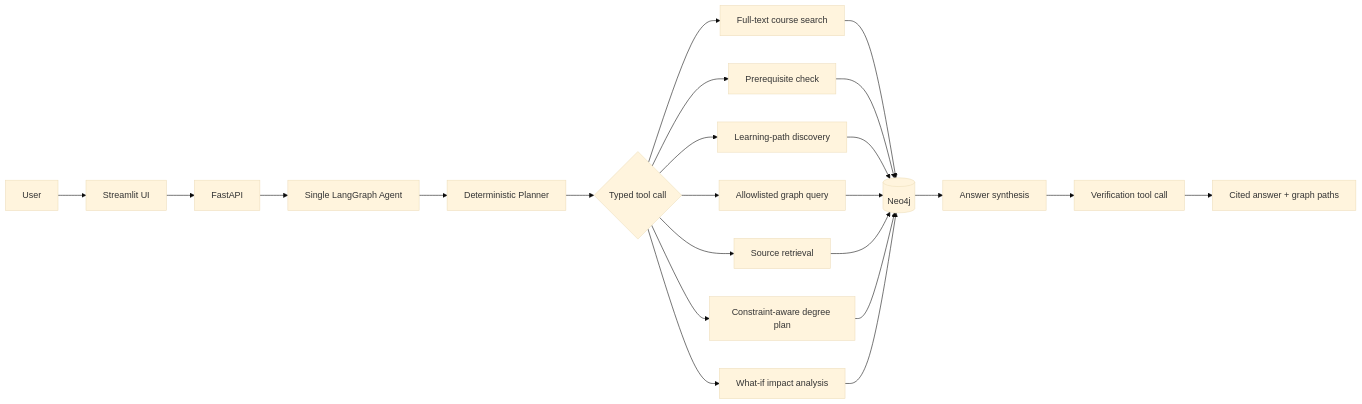
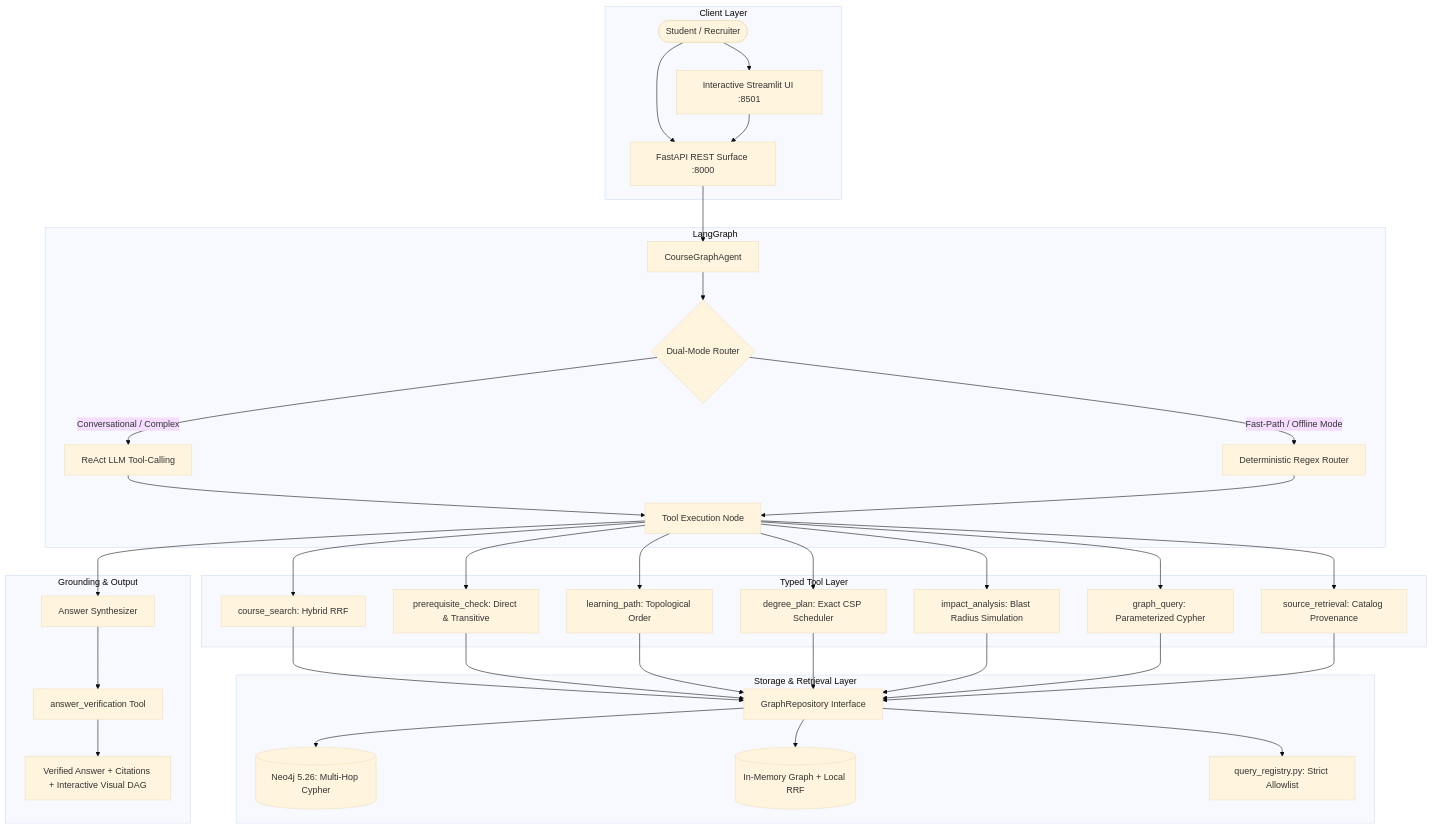
The diagram in README.md (shanwazshah/hybrid-graph-rag), drawn with Mermaid (base theme) before and after one commit. The commit also changed other lines of this file, not shown here.

Commit message:
docs: overhaul README with architecture diagrams, RAG triad evals, and deployment options

````diff
--- a/README.md
+++ b/README.md
@@ -22,19 +39,40 @@
 ```mermaid
-flowchart LR
-    U[User] --> UI[Streamlit UI]
-    UI --> API[FastAPI]
-    API --> A[Single LangGraph Agent]
-    A --> P[Deterministic Planner]
-    P --> T{Typed tool call}
-    T --> S[Full-text course search]
-    T --> C[Prerequisite check]
-    T --> L[Learning-path discovery]
-    T --> G[Allowlisted graph query]
-    T --> R[Source retrieval]
-    T --> D[Constraint-aware degree plan]
-    T --> I[What-if impact analysis]
-    S & C & L & G & R & D & I --> N[(Neo4j)]
-    N --> Y[Answer synthesis]
-    Y --> V[Verification tool call]
-    V --> O[Cited answer + graph paths]
+flowchart TB
+    subgraph Client Layer
+        User([Student / Recruiter]) --> UI[Interactive Streamlit UI :8501]
+        User --> API[FastAPI REST Surface :8000]
+        UI --> API
+    end
+
+    subgraph Agentic Orchestrator [LangGraph]
+        API --> Agent[CourseGraphAgent]
+        Agent --> DualRouter{Dual-Mode Router}
+        DualRouter -->|Conversational / Complex| LLM[ReAct LLM Tool-Calling]
+        DualRouter -->|Fast-Path / Offline Mode| FastRouter[Deterministic Regex Router]
+        
+        LLM & FastRouter --> ToolNode[Tool Execution Node]
+    end
+
+    subgraph Typed Tool Layer
+        ToolNode --> T1[course_search: Hybrid RRF]
+        ToolNode --> T2[prerequisite_check: Direct & Transitive]
+        ToolNode --> T3[learning_path: Topological Order]
+        ToolNode --> T4[degree_plan: Exact CSP Scheduler]
+        ToolNode --> T5[impact_analysis: Blast Radius Simulation]
+        ToolNode --> T6[graph_query: Parameterized Cypher]
+        ToolNode --> T7[source_retrieval: Catalog Provenance]
+    end
+
+    subgraph Storage & Retrieval Layer
+        T1 & T2 & T3 & T4 & T5 & T6 & T7 --> RepoContract[GraphRepository Interface]
+        RepoContract --> Neo4j[(Neo4j 5.26: Multi-Hop Cypher)]
+        RepoContract --> InMem[(In-Memory Graph + Local RRF)]
+        RepoContract --> QueryReg[query_registry.py: Strict Allowlist]
+    end
+
+    subgraph Grounding & Output
+        ToolNode --> Synth[Answer Synthesizer]
+        Synth --> Verifier[answer_verification Tool]
+        Verifier --> Output[Verified Answer + Citations + Interactive Visual DAG]
+    end
 ```
````
